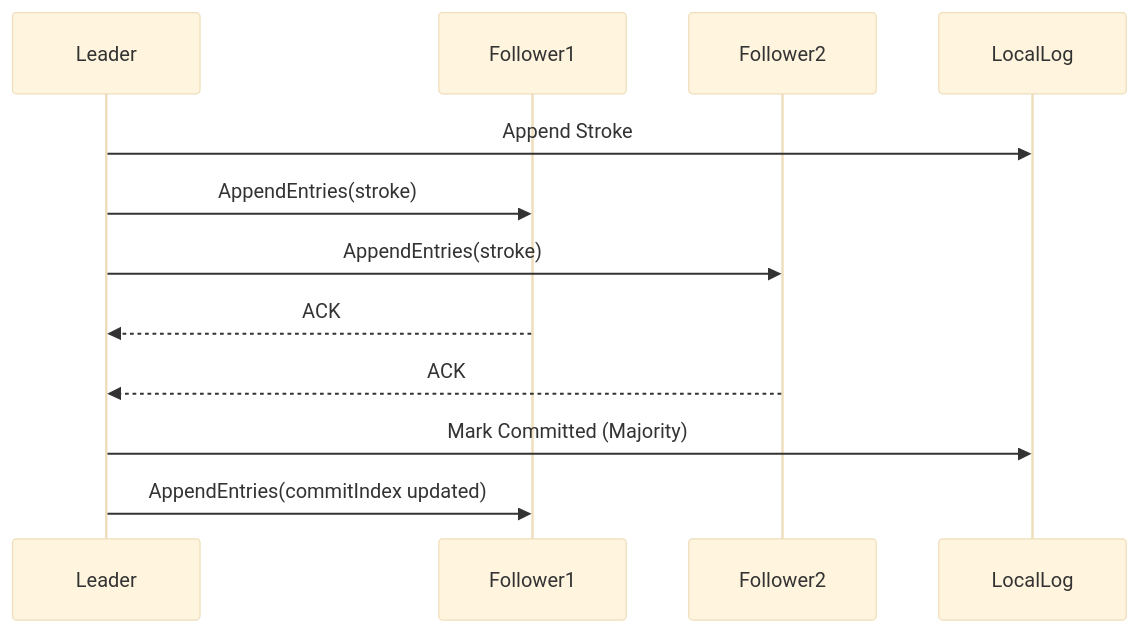
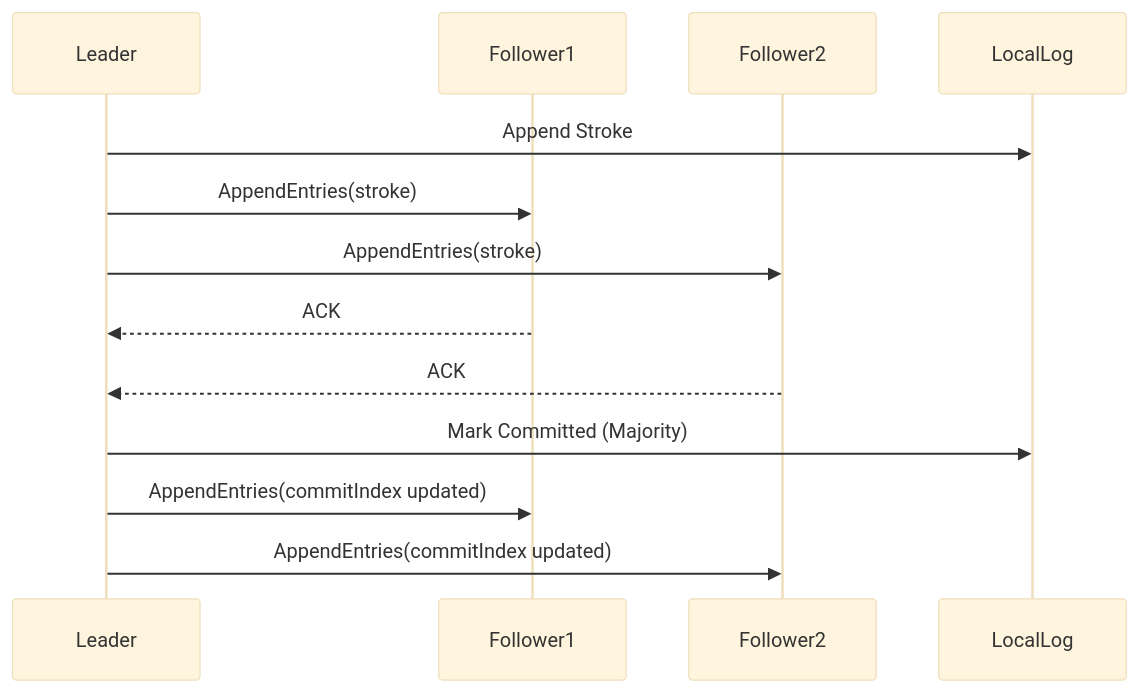
Before and after one commit to SamridhiShreyaa/Mini-RAFT: the diagram in docs/teammate_2.md, drawn with Mermaid (base theme). The commit also changed 8 other files, not shown here.

````diff
--- a/docs/teammate_2.md
+++ b/docs/teammate_2.md
@@ -14,13 +14,14 @@
 ```mermaid
 sequenceDiagram
     participant Leader
     participant Follower1
     participant Follower2
     Leader->>LocalLog: Append Stroke
     Leader->>Follower1: AppendEntries(stroke)
     Leader->>Follower2: AppendEntries(stroke)
     Follower1-->>Leader: ACK
     Follower2-->>Leader: ACK
     Leader->>LocalLog: Mark Committed (Majority)
     Leader->>Follower1: AppendEntries(commitIndex updated)
+    Leader->>Follower2: AppendEntries(commitIndex updated)
 ```
````
